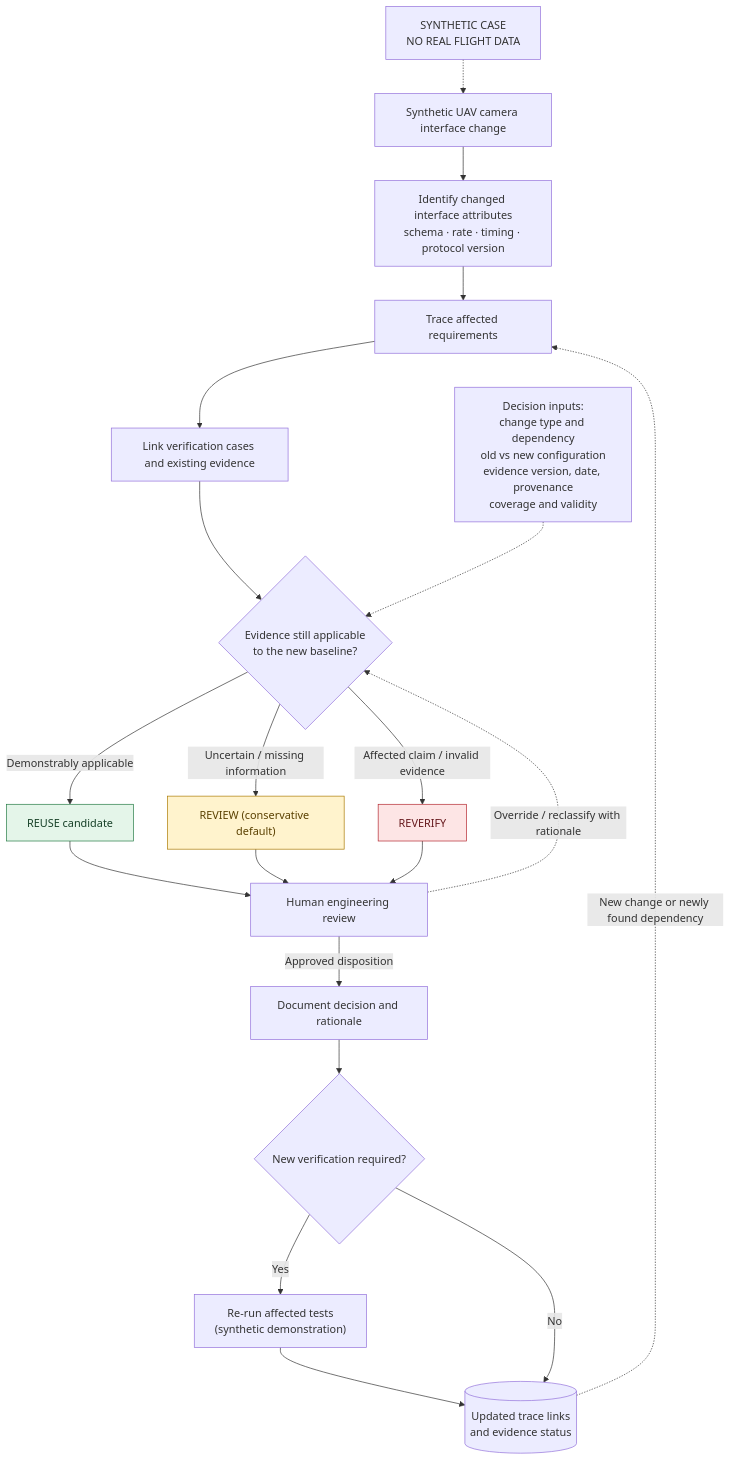
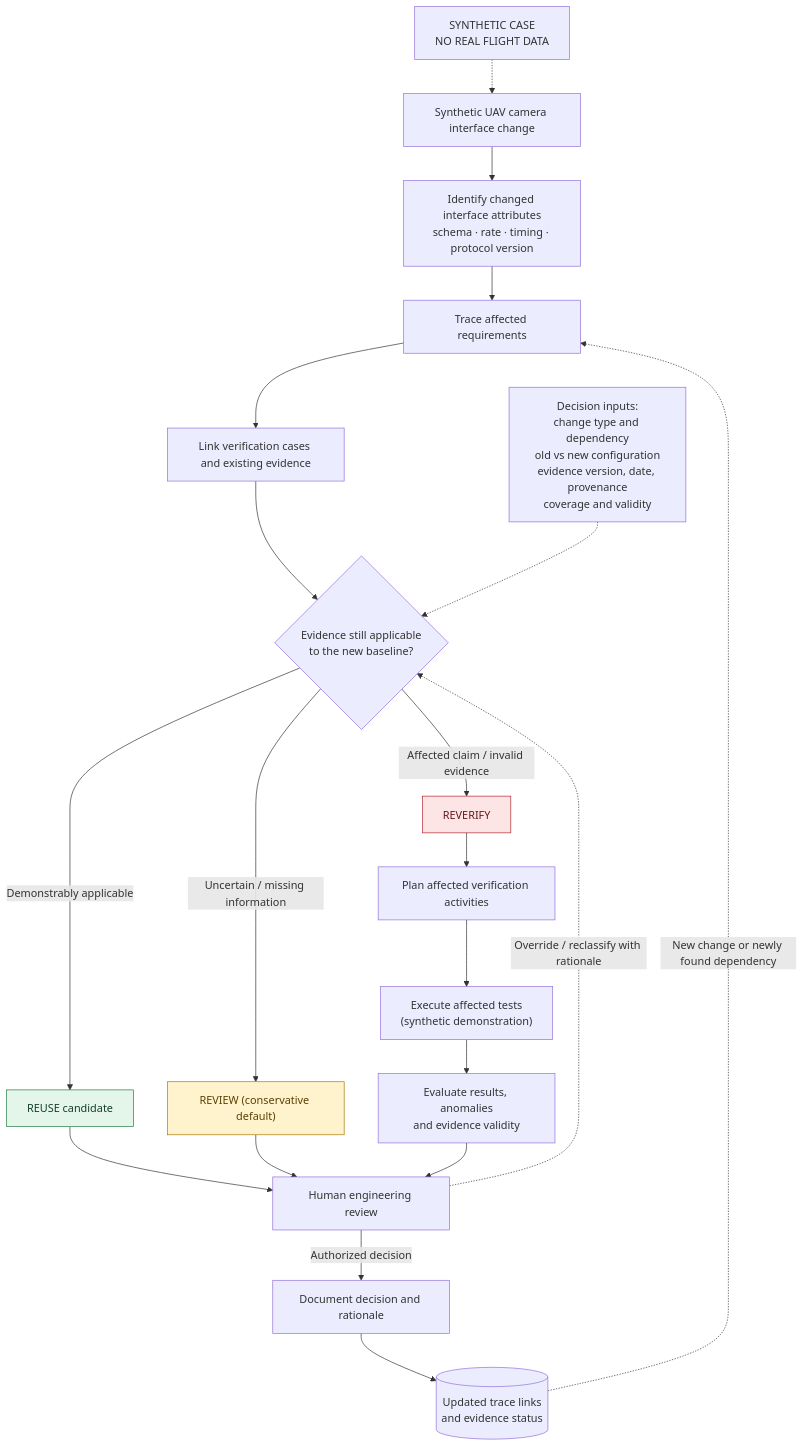
One commit to HAKOSARI/sakarya-aerospace--engineering-showcase changed the first of 2 diagrams in case-studies/01-uav-eo-camera-decision-architecture.md. Above: the diagram before and after it, drawn with Mermaid. The commit also changed other lines of this file, not shown here.

Commit message:
docs: require verification planning and evidence evaluation before human disposition

````diff
--- a/case-studies/01-uav-eo-camera-decision-architecture.md
+++ b/case-studies/01-uav-eo-camera-decision-architecture.md
@@ -9,29 +9,29 @@
 ```mermaid
 flowchart TD
     A["Synthetic UAV camera interface change"] --> B["Identify changed interface attributes<br/>schema · rate · timing · protocol version"]
     B --> C["Trace affected requirements"]
     C --> D["Link verification cases and existing evidence"]
     D --> E{"Evidence still applicable<br/>to the new baseline?"}
     K["Decision inputs:<br/>change type and dependency<br/>old vs new configuration<br/>evidence version, date, provenance<br/>coverage and validity"] -.-> E
     E -->|"Demonstrably applicable"| R["REUSE candidate"]
     E -->|"Uncertain / missing information"| W["REVIEW (conservative default)"]
     E -->|"Affected claim / invalid evidence"| V["REVERIFY"]
     R --> H["Human engineering review"]
     W --> H
-    V --> H
+    V --> P["Plan affected verification activities"]
+    P --> T["Execute affected tests<br/>(synthetic demonstration)"]
+    T --> X["Evaluate results, anomalies<br/>and evidence validity"]
+    X --> H
     H -.->|"Override / reclassify with rationale"| E
-    H -->|"Approved disposition"| J["Document decision and rationale"]
-    J --> L{"New verification required?"}
-    L -->|Yes| T["Re-run affected tests<br/>(synthetic demonstration)"]
-    T --> S[("Updated trace links<br/>and evidence status")]
-    L -->|No| S
+    H -->|"Authorized decision"| J["Document decision and rationale"]
+    J --> S[("Updated trace links<br/>and evidence status")]
     S -.->|"New change or newly found dependency"| C
     N["SYNTHETIC CASE<br/>NO REAL FLIGHT DATA"] -.-> A
 
     classDef reuse fill:#e4f5e9,stroke:#237a43,color:#153f26;
     classDef review fill:#fff3cd,stroke:#aa7900,color:#5a4000;
     classDef reverify fill:#fde5e5,stroke:#b3262e,color:#65171b;
     class R reuse;
     class W review;
     class V reverify;
 ```
````
